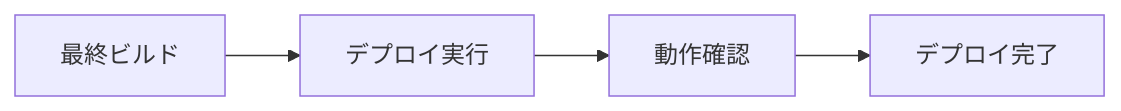
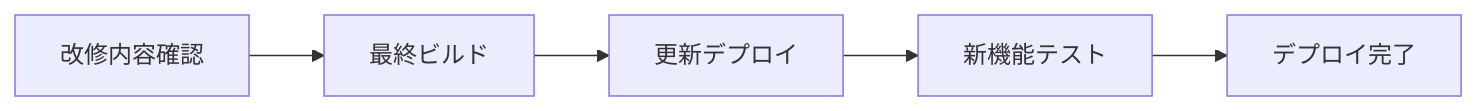
The sixth of 7 diagrams in README.md (PLUG365/DecisionFlow), drawn with Mermaid before and after one commit. The commit also changed other lines of this file and 7 other files, not shown here.

````diff
--- a/README.md
+++ b/README.md
@@ -263,6 +286,7 @@
 ```mermaid
 graph LR
-    A[最終ビルド] --> B[デプロイ実行]
-    B --> C[動作確認]
-    C --> D[デプロイ完了]
+    A[改修内容確認] --> B[最終ビルド]
+    B --> C[更新デプロイ]
+    C --> D[新機能テスト]
+    D --> E[デプロイ完了]
 ```
````
